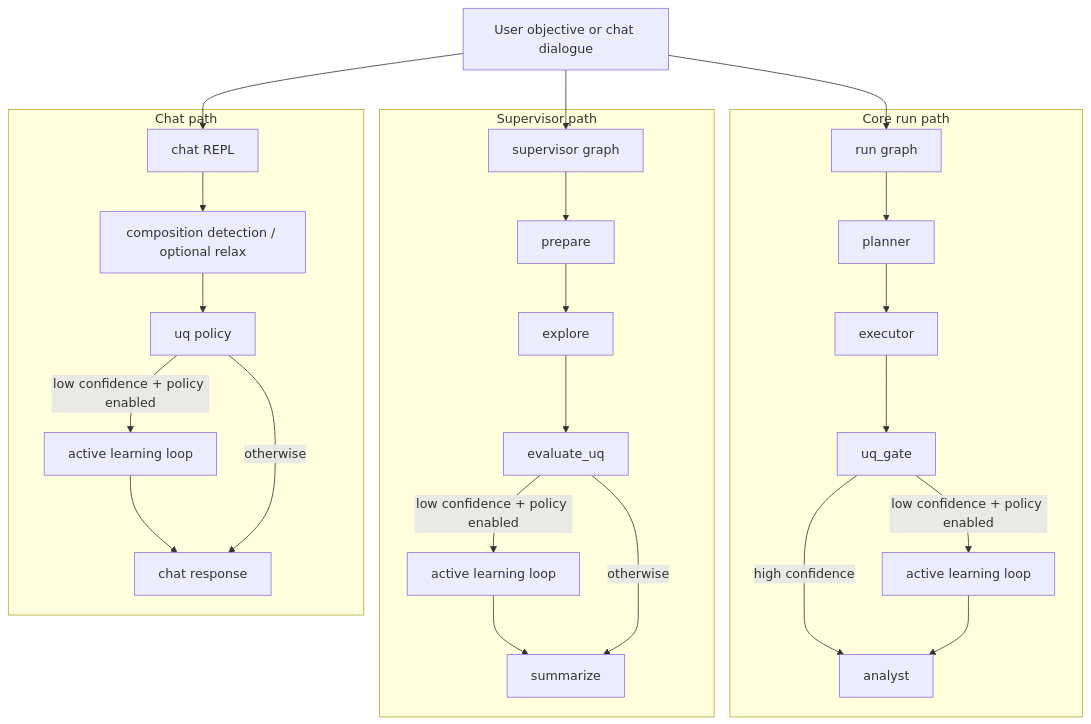
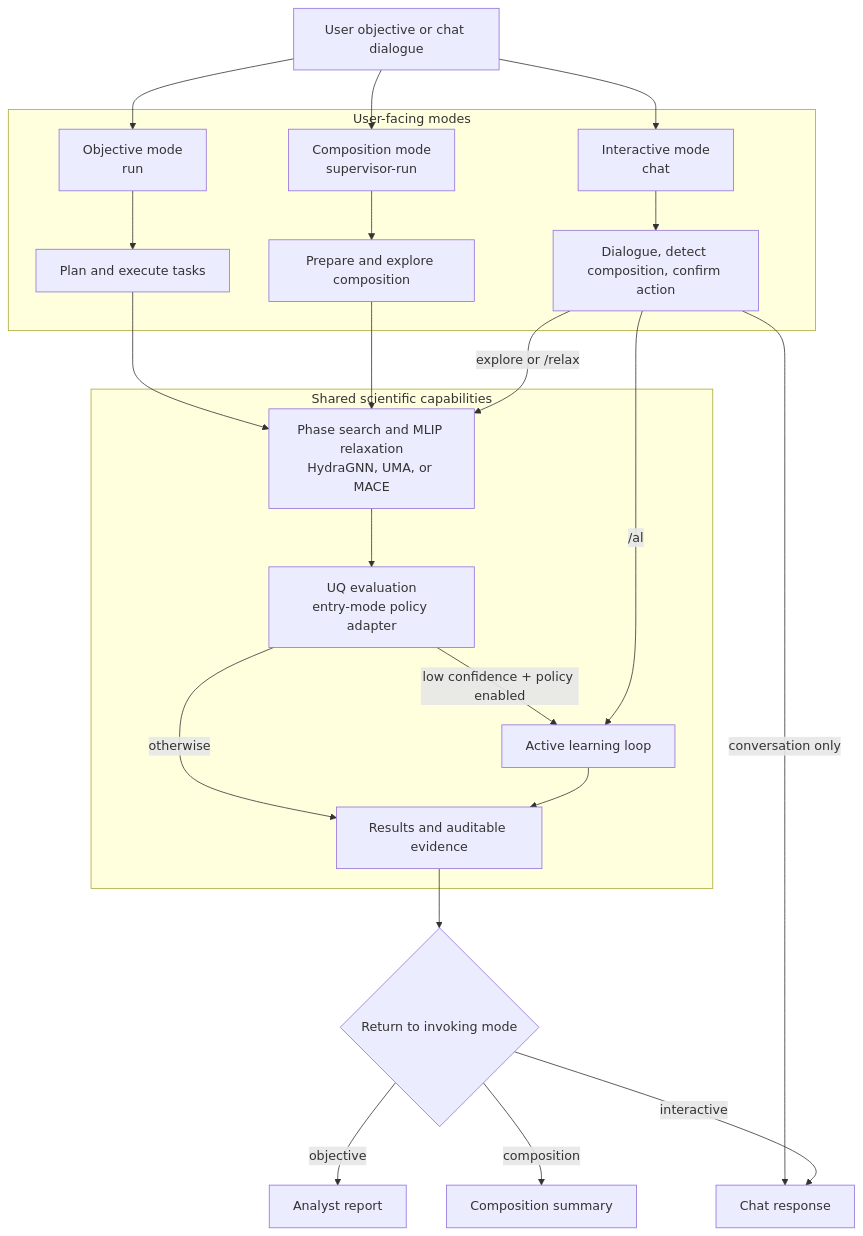
One commit to ORNL/matsim-agents changed the diagram in README.md. Above: the diagram before and after it, drawn with Mermaid. The commit also changed 3 other files, not shown here.

Commit message:
Restructure workflow architecture diagrams

````diff
--- a/README.md
+++ b/README.md
@@ -84,33 +84,37 @@
 ```mermaid
 flowchart TD
     U[User objective or chat dialogue]
-    U --> R[run graph]
-    U --> C[chat REPL]
-    U --> S[supervisor graph]
 
-    subgraph RPATH[Core run path]
-      R --> RP[planner]
-      RP --> RE[executor]
-      RE --> RU[uq_gate]
-      RU -->|high confidence| RA[analyst]
-      RU -->|low confidence + policy enabled| RAL[active learning loop]
-      RAL --> RA
+    subgraph MODES[User-facing modes]
+      O[Objective mode<br/>run] --> OP[Plan and execute tasks]
+      P[Composition mode<br/>supervisor-run] --> PP[Prepare and explore composition]
+      I[Interactive mode<br/>chat] --> IP[Dialogue, detect composition, confirm action]
     end
 
-    subgraph SPATH[Supervisor path]
-      S --> SP[prepare]
-      SP --> SX[explore]
-      SX --> SU[evaluate_uq]
-      SU -->|low confidence + policy enabled| SAL[active learning loop]
-      SAL --> SS[summarize]
-      SU -->|otherwise| SS[summarize]
+    U --> O
+    U --> P
+    U --> I
+
+    subgraph SCIENCE[Shared scientific capabilities]
+      X[Phase search and MLIP relaxation<br/>HydraGNN, UMA, or MACE]
+      Q[UQ evaluation<br/>entry-mode policy adapter]
+      AL[Active learning loop]
+      E[Results and auditable evidence]
+
+      X --> Q
+      Q -->|low confidence + policy enabled| AL
+      Q -->|otherwise| E
+      AL --> E
     end
 
-    subgraph CPATH[Chat path]
-      C --> CC[composition detection / optional relax]
-      CC --> CU[uq policy]
-      CU -->|low confidence + policy enabled| CAL[active learning loop]
-      CAL --> CR[chat response]
-      CU -->|otherwise| CR
-    end
+    OP --> X
+    PP --> X
+    IP -->|explore or /relax| X
+    IP -->|/al| AL
+    IP -->|conversation only| IR[Chat response]
+
+    E --> R{Return to invoking mode}
+    R -->|objective| OA[Analyst report]
+    R -->|composition| PS[Composition summary]
+    R -->|interactive| IR
 ```
````
